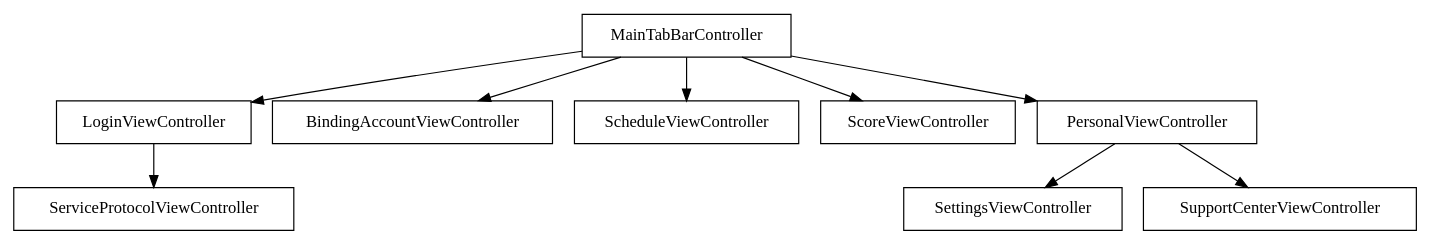
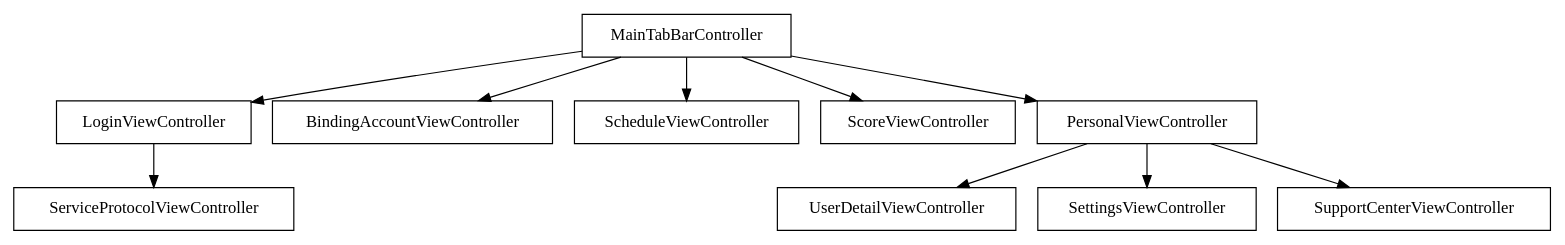
The diagram in Graphviz/ViewController.dot (ty0x2333/XujcClient-iOS), drawn with Graphviz before and after one commit. The commit also changed 5 other files, not shown here.

Commit message:
A UserDetailViewController

```diff
--- a/Graphviz/ViewController.dot
+++ b/Graphviz/ViewController.dot
@@ -1,13 +1,14 @@
 digraph ViewModel{
 	node[shape = record];
 
   MainTabBarController->LoginViewController->ServiceProtocolViewController;
   MainTabBarController->BindingAccountViewController;
 
   MainTabBarController->ScheduleViewController;
   MainTabBarController->ScoreViewController;
   MainTabBarController->PersonalViewController;
 
+	PersonalViewController->UserDetailViewController;
   PersonalViewController->SettingsViewController;
   PersonalViewController->SupportCenterViewController
 }
```
